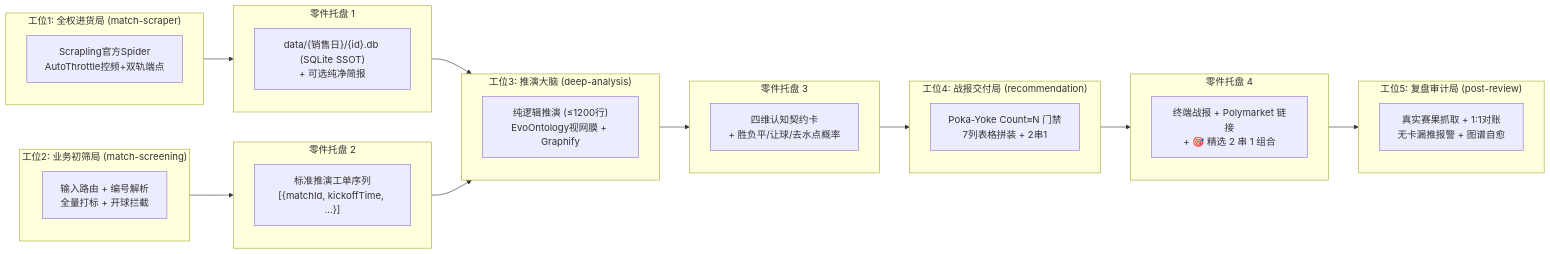
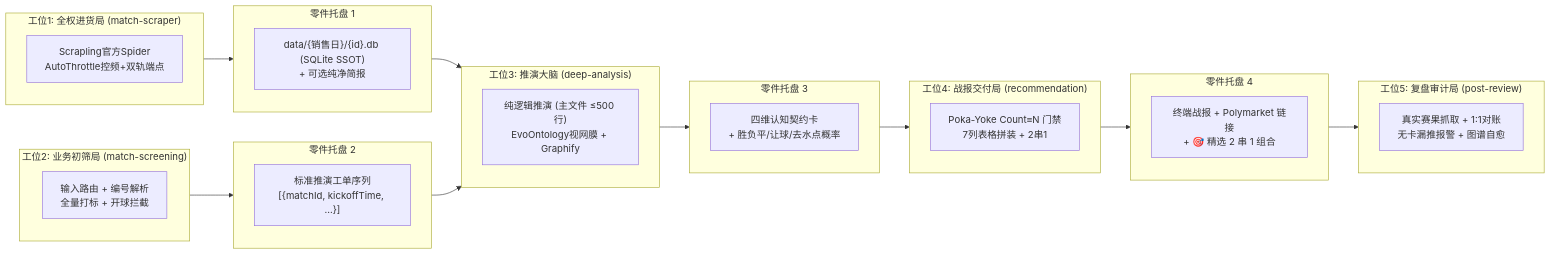
The second of 4 diagrams in README.md (i0ivi0i/supodds), drawn with Mermaid before and after one commit. The commit also changed other lines of this file and 8 other files, not shown here.

````diff
--- a/README.md
+++ b/README.md
@@ -78,38 +78,38 @@
 ```mermaid
 flowchart LR
     subgraph W1 ["工位1: 全权进货局 (match-scraper)"]
         S1["Scrapling官方Spider<br/>AutoThrottle控频+双轨端点"]
     end
     subgraph T1 ["零件托盘 1"]
         D1["data/{销售日}/{id}.db (SQLite SSOT)<br/>+ 可选纯净简报"]
     end
     subgraph W2 ["工位2: 业务初筛局 (match-screening)"]
         S2["输入路由 + 编号解析<br/>全量打标 + 开球拦截"]
     end
     subgraph T2 ["零件托盘 2"]
         D2["标准推演工单序列<br/>[{matchId, kickoffTime, ...}]"]
     end
     subgraph W3 ["工位3: 推演大脑 (deep-analysis)"]
-        S3["纯逻辑推演 (≤1200行)<br/>EvoOntology视网膜 + Graphify"]
+        S3["纯逻辑推演 (主文件 ≤500 行)<br/>EvoOntology视网膜 + Graphify"]
     end
     subgraph T3 ["零件托盘 3"]
         D3["四维认知契约卡<br/>+ 胜负平/让球/去水点概率"]
     end
     subgraph W4 ["工位4: 战报交付局 (recommendation)"]
         S4["Poka-Yoke Count≡N 门禁<br/>7列表格拼装 + 2串1"]
     end
     subgraph T4 ["零件托盘 4"]
         D4["终端战报 + Polymarket 链接<br/>+ 🎯 精选 2 串 1 组合"]
     end
     subgraph W5 ["工位5: 复盘审计局 (post-review)"]
         S5["真实赛果抓取 + 1:1对账<br/>无卡漏推报警 + 图谱自愈"]
     end
 
     W1 --> T1
     W2 --> T2
     T1 & T2 --> W3
     W3 --> T3
     T3 --> W4
     W4 --> T4
     T4 --> W5
 ```
````
